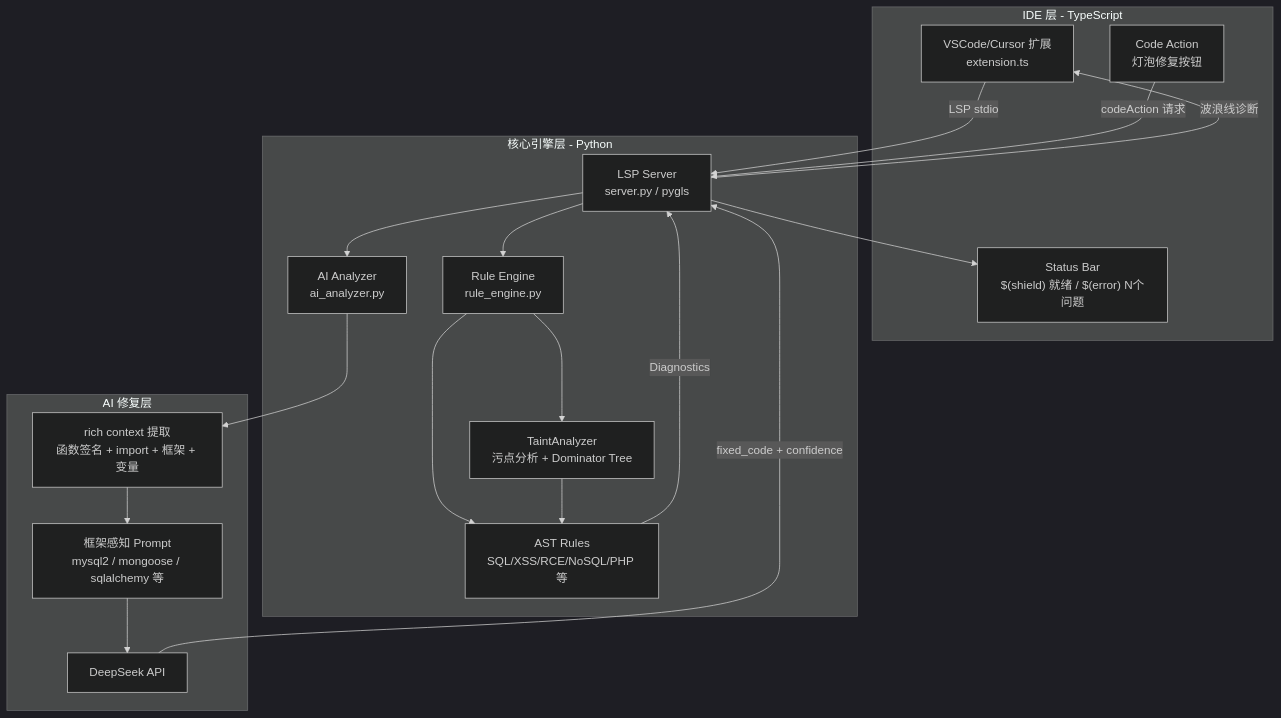
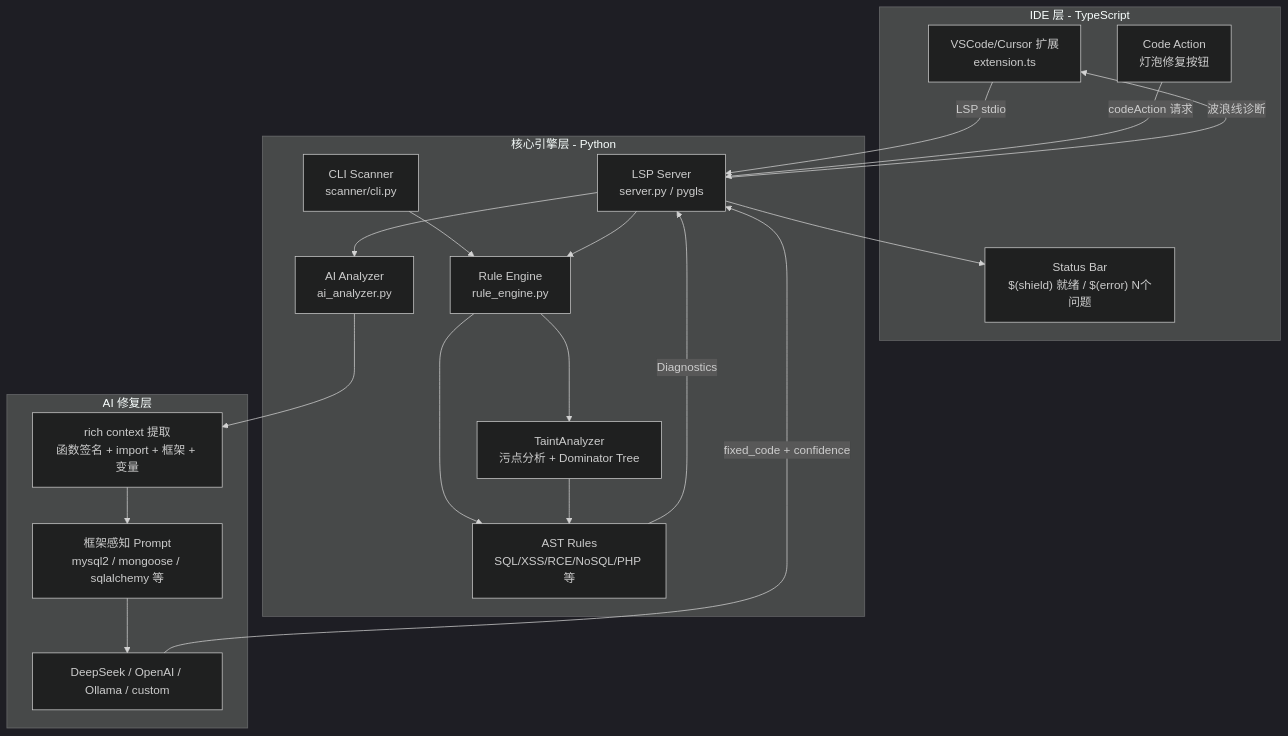
One commit to HWZ-499/aegis-ai changed the first of 2 diagrams in README.md. Above: the diagram before and after it, drawn with Mermaid (dark theme). The commit also changed other lines of this file and 9 other files, not shown here.

````diff
--- a/README.md
+++ b/README.md
@@ -100,37 +147,39 @@
 ```mermaid
 graph TD
     subgraph ide [IDE 层 - TypeScript]
         A["VSCode/Cursor 扩展\nextension.ts"]
         B["Status Bar\n$(shield) 就绪 / $(error) N个问题"]
         C["Code Action\n灯泡修复按钮"]
     end
 
     subgraph engine [核心引擎层 - Python]
         D["LSP Server\nserver.py / pygls"]
-        E["Rule Engine\nrule_engine.py"]
-        F["TaintAnalyzer\n污点分析 + Dominator Tree"]
-        G["AST Rules\nSQL/XSS/RCE/NoSQL/PHP 等"]
-        H["AI Analyzer\nai_analyzer.py"]
+        E["CLI Scanner\nscanner/cli.py"]
+        F["Rule Engine\nrule_engine.py"]
+        G["TaintAnalyzer\n污点分析 + Dominator Tree"]
+        H["AST Rules\nSQL/XSS/RCE/NoSQL/PHP 等"]
+        I["AI Analyzer\nai_analyzer.py"]
     end
 
     subgraph ai [AI 修复层]
-        I["rich context 提取\n函数签名 + import + 框架 + 变量"]
-        J["框架感知 Prompt\nmysql2 / mongoose / sqlalchemy 等"]
-        K["DeepSeek API"]
+        J["rich context 提取\n函数签名 + import + 框架 + 变量"]
+        K["框架感知 Prompt\nmysql2 / mongoose / sqlalchemy 等"]
+        L["DeepSeek / OpenAI / Ollama / custom"]
     end
 
     A -- "LSP stdio" --> D
-    D --> E
     E --> F
-    E --> G
+    D --> F
     F --> G
-    G -- "Diagnostics" --> D
+    F --> H
+    G --> H
+    H -- "Diagnostics" --> D
     D -- "波浪线诊断" --> A
     D --> B
     C -- "codeAction 请求" --> D
-    D --> H
-    H --> I
+    D --> I
     I --> J
     J --> K
-    K -- "fixed_code + confidence" --> D
+    K --> L
+    L -- "fixed_code + confidence" --> D
 ```
````
